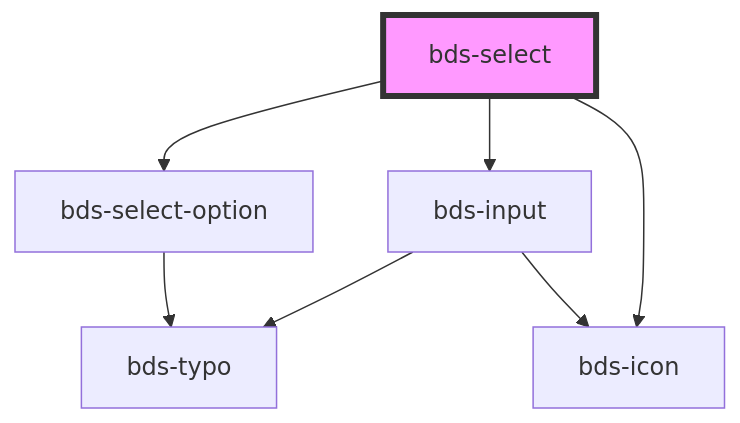
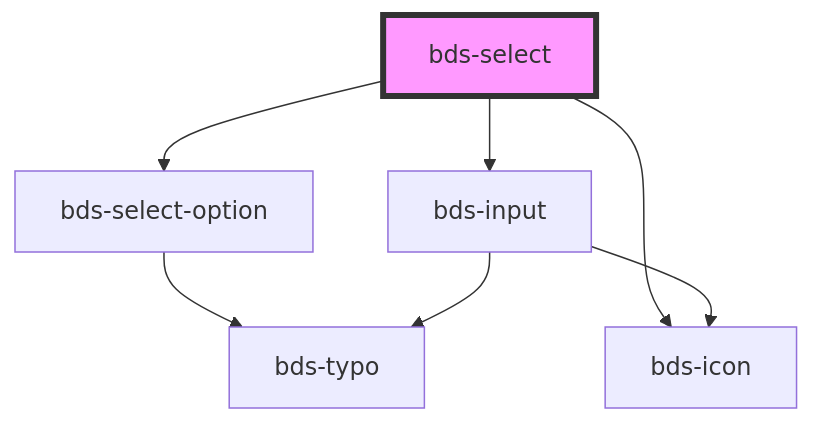
One commit to takenet/blip-ds changed the diagram in src/components/select/readme.md. Above: the diagram before and after it, drawn with Mermaid. The commit also changed other lines of this file and 15 other files, not shown here.

````diff
--- a/src/components/select/readme.md
+++ b/src/components/select/readme.md
@@ -37,10 +39,10 @@
 ```mermaid
 graph TD;
   bds-select --> bds-select-option
   bds-select --> bds-input
   bds-select --> bds-icon
   bds-select-option --> bds-typo
+  bds-input --> bds-icon
   bds-input --> bds-typo
-  bds-input --> bds-icon
   style bds-select fill:#f9f,stroke:#333,stroke-width:4px
 ```
````
